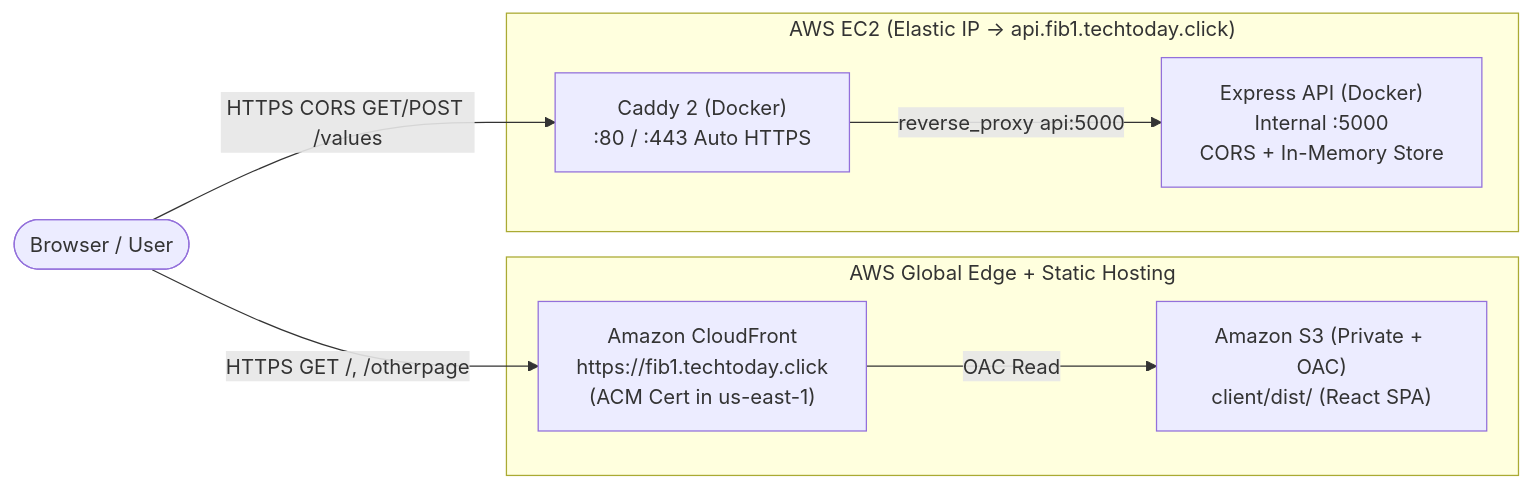
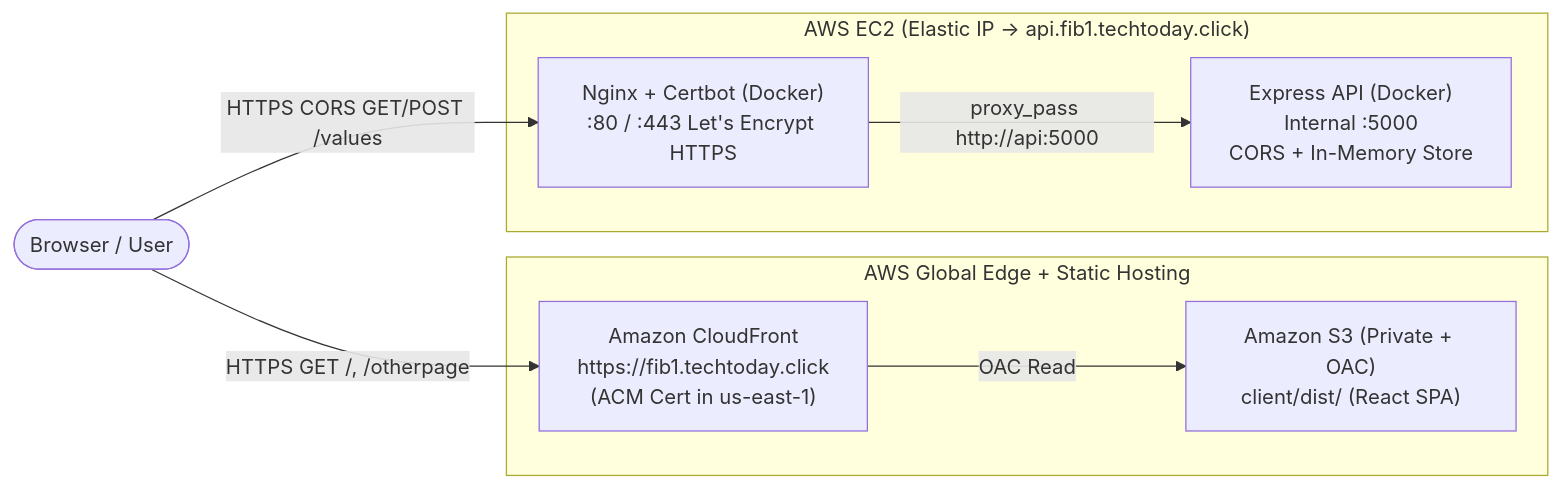
The diagram in client-server-prod/README.md (pankajspace/docker-k8s), drawn with Mermaid before and after one commit. The commit also changed other lines of this file and 10 other files, not shown here.

Commit message:
refactor: replace Caddy with Nginx and Certbot for HTTPS in deployment configuration

````diff
--- a/client-server-prod/README.md
+++ b/client-server-prod/README.md
@@ -15,19 +15,19 @@
 ```mermaid
 flowchart LR
     User(["Browser / User"])
 
     subgraph Frontend["AWS Global Edge + Static Hosting"]
         CF["Amazon CloudFront\nhttps://fib1.techtoday.click\n(ACM Cert in us-east-1)"]
         S3["Amazon S3 (Private + OAC)\nclient/dist/ (React SPA)"]
         CF -->|"OAC Read"| S3
     end
 
     subgraph Backend["AWS EC2 (Elastic IP -> api.fib1.techtoday.click)"]
-        Caddy["Caddy 2 (Docker)\n:80 / :443 Auto HTTPS"]
+        Nginx["Nginx + Certbot (Docker)\n:80 / :443 Let's Encrypt HTTPS"]
         API["Express API (Docker)\nInternal :5000\nCORS + In-Memory Store"]
-        Caddy -->|"reverse_proxy api:5000"| API
+        Nginx -->|"proxy_pass http://api:5000"| API
     end
 
     User -->|"HTTPS GET /, /otherpage"| CF
-    User -->|"HTTPS CORS GET/POST /values"| Caddy
+    User -->|"HTTPS CORS GET/POST /values"| Nginx
 ```
````
